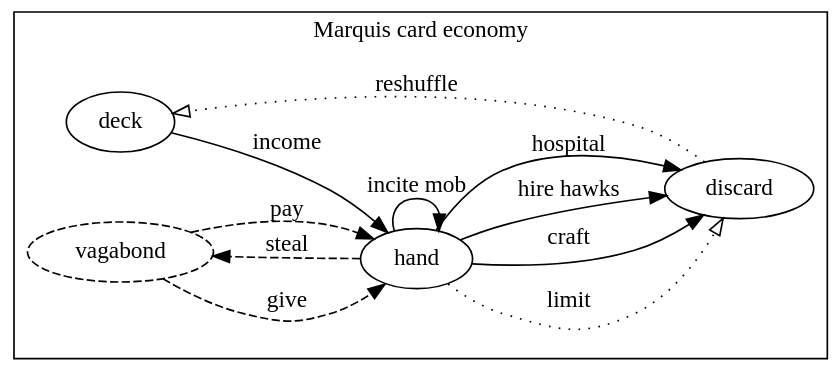
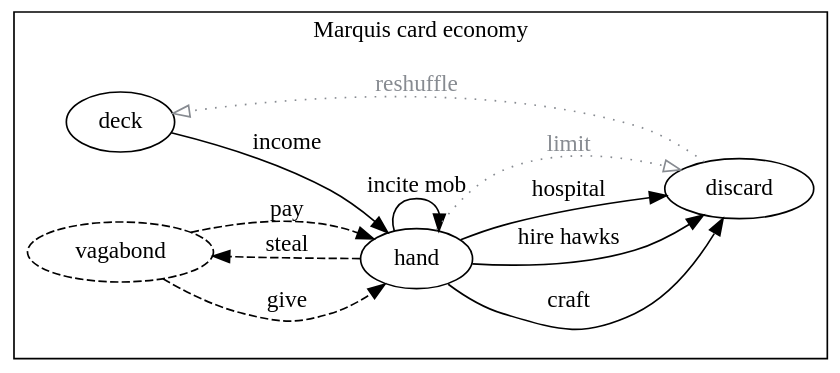
Before and after one commit to krawaller/root: the diagram in diagrams/marquis-cards.dot, drawn with Graphviz. The commit also changed 7 other files, not shown here.

```diff
--- a/diagrams/marquis-cards.dot
+++ b/diagrams/marquis-cards.dot
@@ -1,27 +1,29 @@
 digraph {
   rankdir = LR;
   bgcolor = transparent;
 
   subgraph cluster_marquisunits {
 
     label = "Marquis card economy\n "
 
 
     deck -> hand [label="income"]
-    hand -> discard [label="limit" style=dotted arrowhead=empty]
+
 
     hand -> discard [label="craft"]
     hand -> discard [label="hire hawks"]
     hand -> discard [label="hospital"]
+    hand -> discard [label="limit" style=dotted arrowhead=empty color="#878b91" fontcolor="#878b91"]
+
     hand -> hand [label="incite mob"]
 
     vagabond [style=dashed]
     vagabond -> hand [label="pay" style=dashed]
     vagabond -> hand [label="give" style=dashed]
     hand -> vagabond [label="steal" style=dashed]
 
-    discard -> deck [style=dotted label="reshuffle" arrowhead=empty]
+    discard -> deck [style=dotted label="reshuffle" arrowhead=empty color="#878b91" fontcolor="#878b91"]
 
     {rank=same;vagabond, deck}
   }
 }
```
